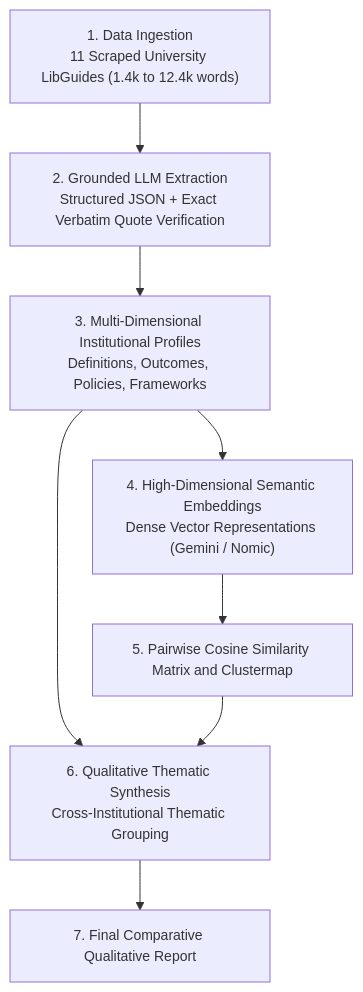
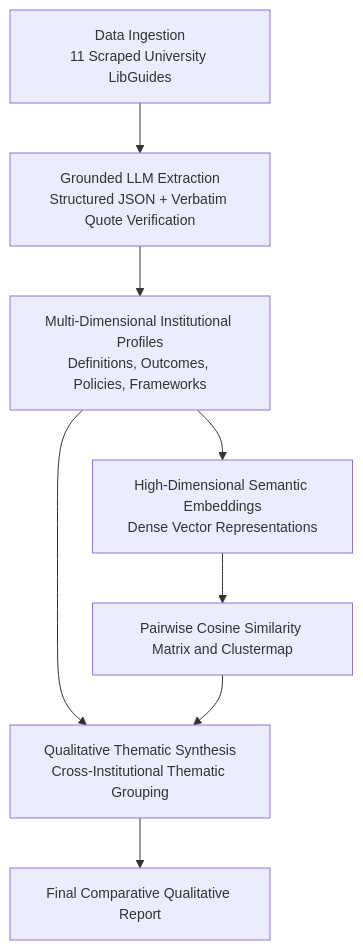
The diagram in methods.qmd (UCSB-Library-Research-Data-Services/AI-Literacy), drawn with Mermaid before and after one commit. The commit also changed 6 other files, not shown here.

Commit message:
Refactor mermaid diagrams to improve label formatting and readability across multiple chapters

````diff
--- a/methods.qmd
+++ b/methods.qmd
@@ -13,12 +13,25 @@
 ```{mermaid}
 %%| fig-cap: "Three-Stage Computational Qualitative Analysis Pipeline"
-%%{init: {'themeVariables': {'fontSize': '14px'}}}%%
+%%{init: {'flowchart': {'htmlLabels': false}, 'themeVariables': {'fontSize': '14px'}}}%%
 flowchart TD
-    D["1. Data Ingestion<br/>11 Scraped University LibGuides (1.4k to 12.4k words)"] --> S1["2. Grounded LLM Extraction<br/>Structured JSON + Exact Verbatim Quote Verification"]
-    S1 --> P["3. Multi-Dimensional Institutional Profiles<br/>Definitions, Outcomes, Policies, Frameworks"]
-    P --> S2["4. High-Dimensional Semantic Embeddings<br/>Dense Vector Representations (Gemini / Nomic)"]
-    S2 --> M["5. Pairwise Cosine Similarity Matrix and Clustermap"]
-    P --> S3["6. Qualitative Thematic Synthesis<br/>Cross-Institutional Thematic Grouping"]
+    D["`Data Ingestion
+        11 Scraped University LibGuides`"]
+    S1["`Grounded LLM Extraction
+         Structured JSON + Verbatim Quote Verification`"]
+    P["`Multi-Dimensional Institutional Profiles
+        Definitions, Outcomes, Policies, Frameworks`"]
+    S2["`High-Dimensional Semantic Embeddings
+         Dense Vector Representations`"]
+    M["Pairwise Cosine Similarity Matrix and Clustermap"]
+    S3["`Qualitative Thematic Synthesis
+         Cross-Institutional Thematic Grouping`"]
+    R["Final Comparative Qualitative Report"]
+    
+    D --> S1
+    S1 --> P
+    P --> S2
+    S2 --> M
+    P --> S3
     M --> S3
-    S3 --> R["7. Final Comparative Qualitative Report"]
+    S3 --> R
 ```
````
